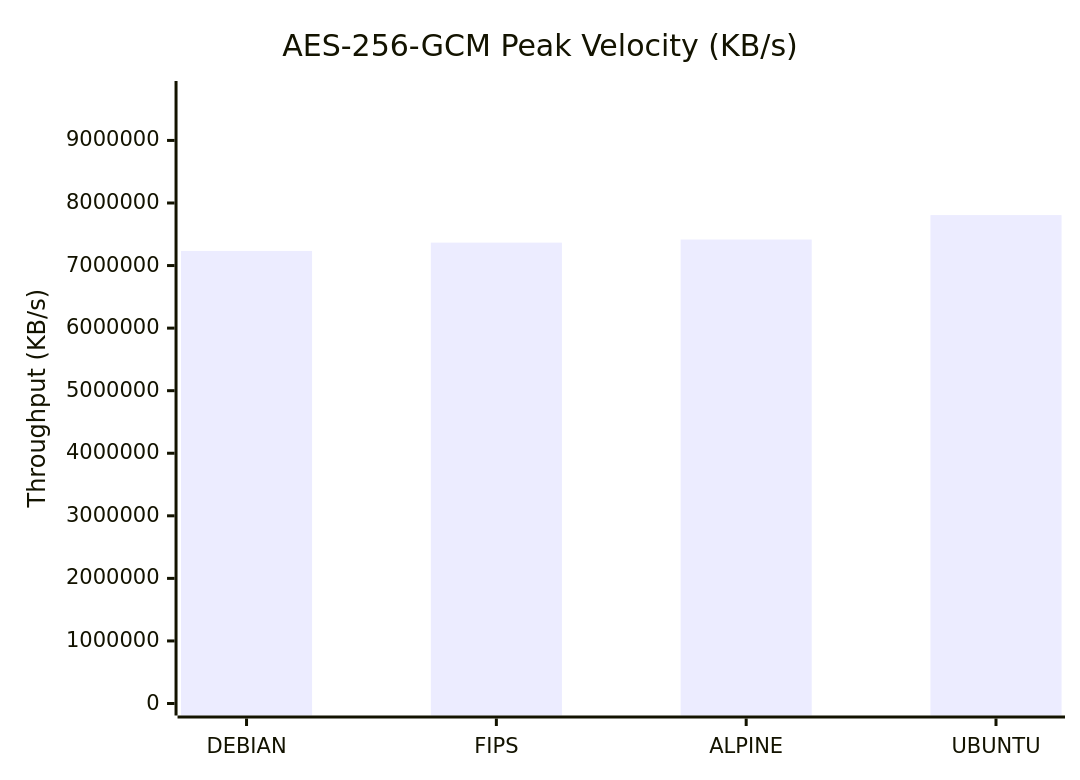
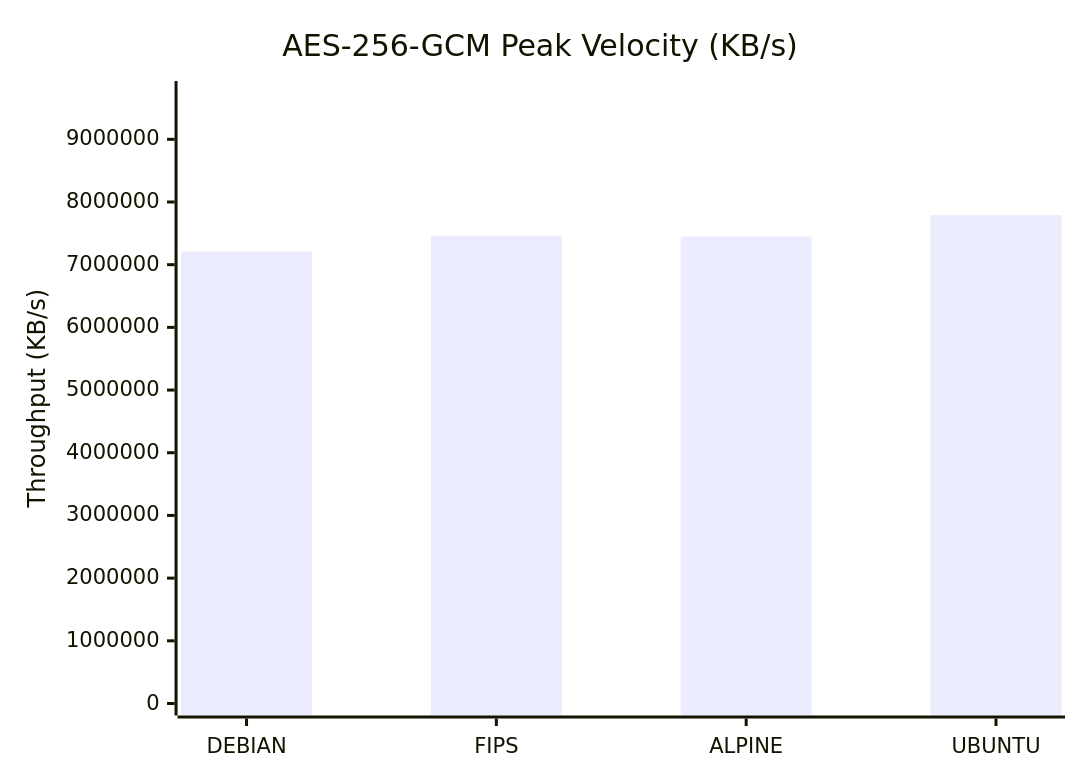
Before and after one commit to taha2samy/openssl_fips: the first of 9 diagrams in docs/Comparison_Report.md, drawn with Mermaid. The commit also changed other lines of this file and 2 other files, not shown here.

````diff
--- a/docs/Comparison_Report.md
+++ b/docs/Comparison_Report.md
@@ -56,7 +56,7 @@
 ```mermaid
 xychart-beta
     title "AES-256-GCM Peak Velocity (KB/s)"
     x-axis [DEBIAN, FIPS, ALPINE, UBUNTU]
-    y-axis "Throughput (KB/s)" 0 --> 9758146
-    bar [7233503.23, 7366623.23, 7415734.27, 7806517.25]
+    y-axis "Throughput (KB/s)" 0 --> 9738629
+    bar [7210967.04, 7463206.91, 7449034.75, 7790903.3]
 ```
````
